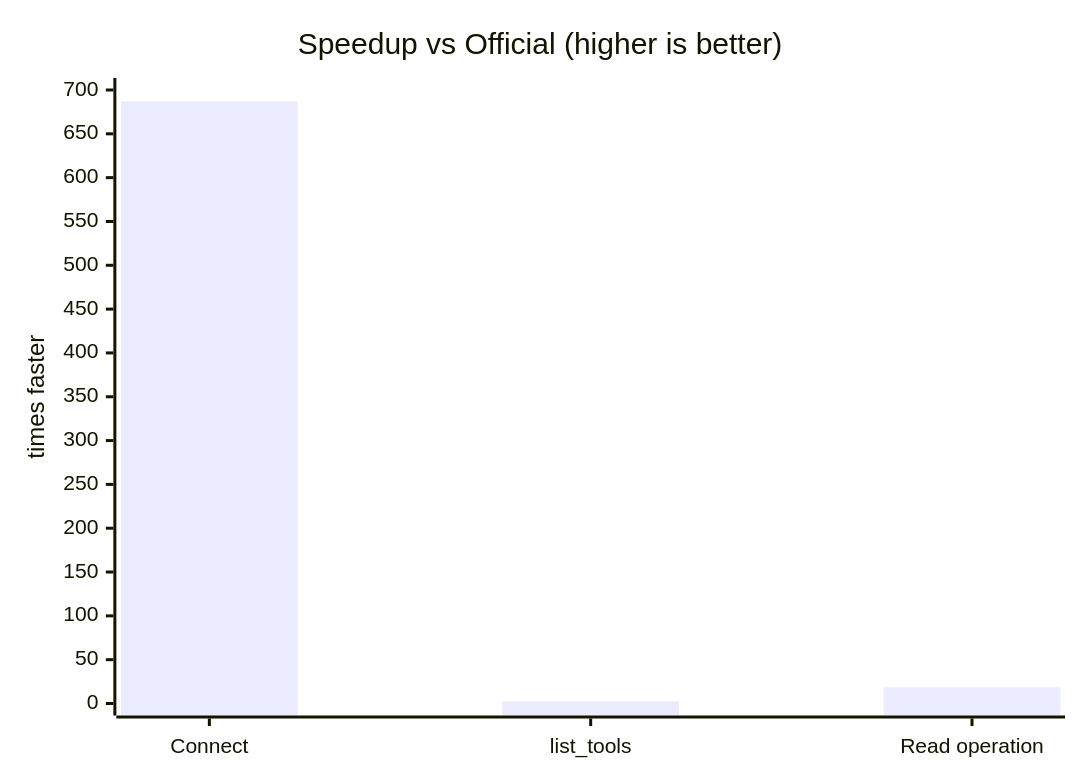
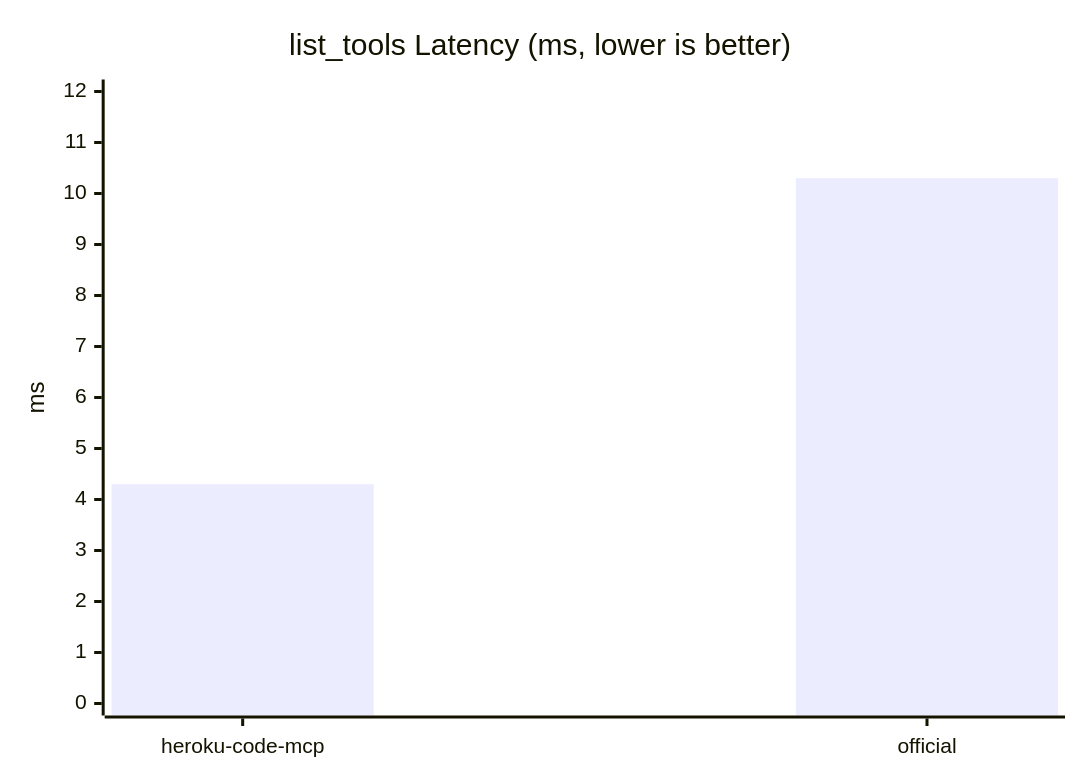
Before and after one commit to dsouzaAnush/heroku-code-mcp: the fourth of 5 diagrams in README.md, drawn with Mermaid. The commit also changed other lines of this file and 1 other file, not shown here.

Commit message:
Improve benchmark graph readability and use official naming

````diff
--- a/README.md
+++ b/README.md
@@ -75,7 +93,7 @@
 ```mermaid
 xychart-beta
-    title "Speedup vs Official (higher is better)"
-    x-axis ["Connect", "list_tools", "Read operation"]
-    y-axis "times faster" 0 --> 700
-    bar [687.0, 2.4, 18.4]
+    title "list_tools Latency (ms, lower is better)"
+    x-axis ["heroku-code-mcp", "official"]
+    y-axis "ms" 0 --> 12
+    bar [4.3, 10.3]
 ```
````
